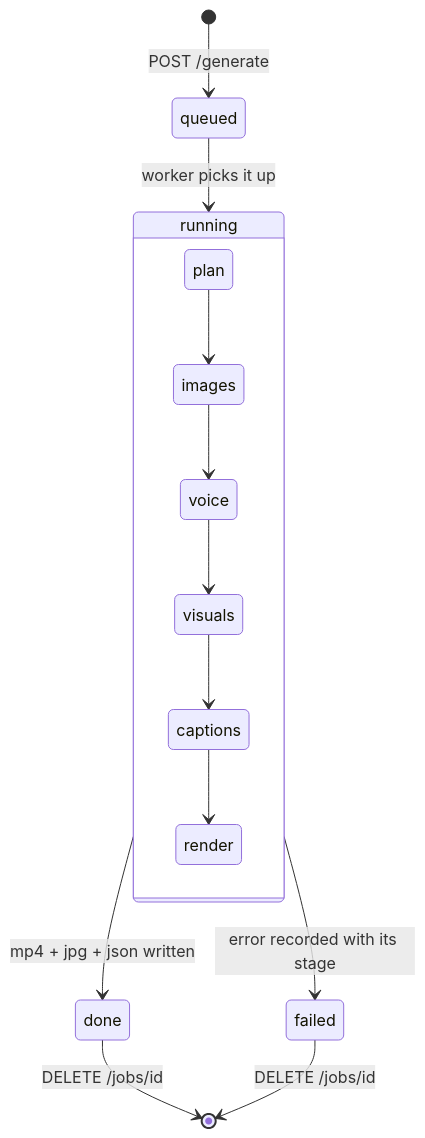
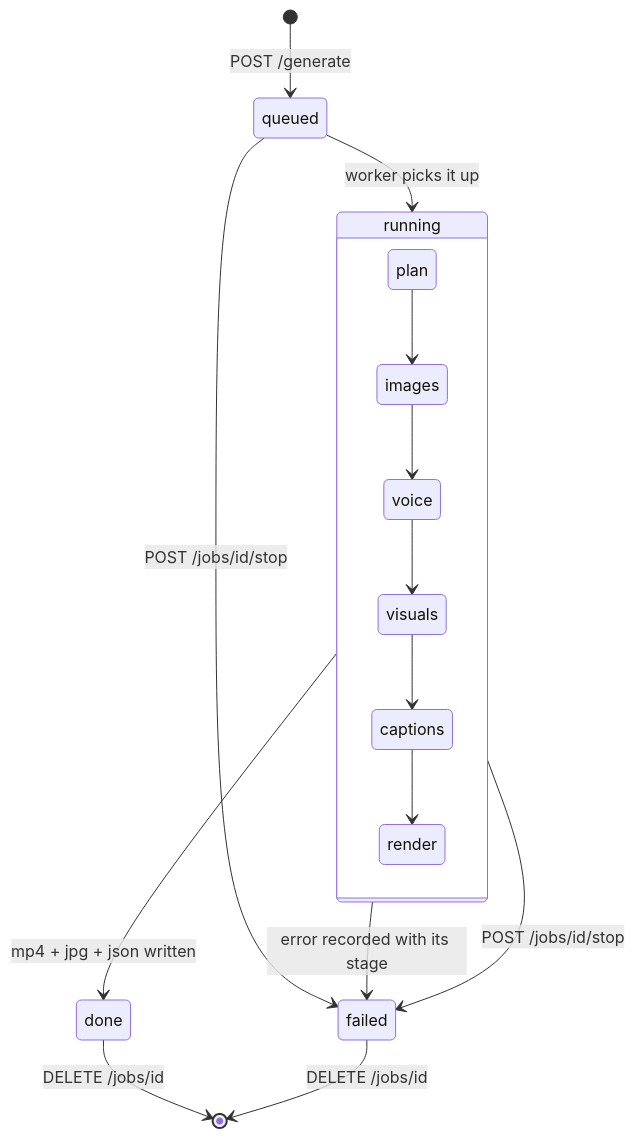
One commit to darshit001/hackthn changed the fifth of 9 diagrams in README.md. Above: the diagram before and after it, drawn with Mermaid. The commit also changed other lines of this file, not shown here.

````diff
--- a/README.md
+++ b/README.md
@@ -247,16 +276,18 @@
 ```mermaid
 stateDiagram-v2
     [*] --> queued: POST /generate
     queued --> running: worker picks it up
     state running {
         plan --> images
         images --> voice
         voice --> visuals
         visuals --> captions
         captions --> render
     }
     running --> done: mp4 + jpg + json written
     running --> failed: error recorded with its stage
+    queued --> failed: POST /jobs/id/stop
+    running --> failed: POST /jobs/id/stop
     done --> [*]: DELETE /jobs/id
     failed --> [*]: DELETE /jobs/id
 ```
````
